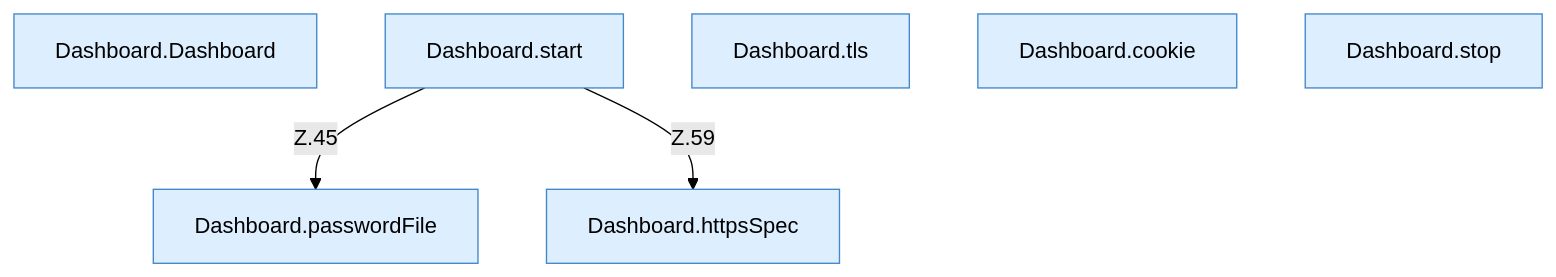
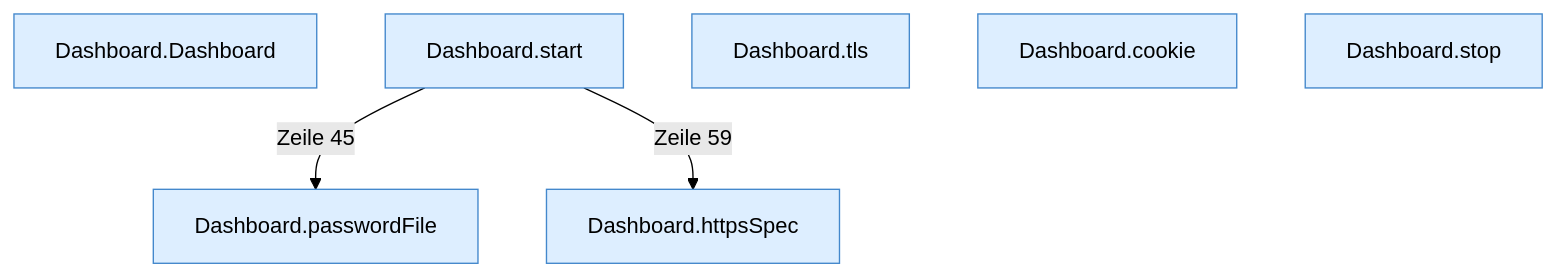
Before and after one commit to PrinceDiamant/minecraft-serverhoster-plugin: the diagram in HTTP-Start.md, drawn with Mermaid (forest theme). The commit also changed other lines of this file and 2005 other files, not shown here.

````diff
--- a/HTTP-Start.md
+++ b/HTTP-Start.md
@@ -5,14 +5,14 @@
 ```mermaid
 flowchart TD
   n1["Dashboard.Dashboard"]:::internal-link
   n2["Dashboard.start"]:::internal-link
   n3["Dashboard.tls"]:::internal-link
   n4["Dashboard.httpsSpec"]:::internal-link
   n5["Dashboard.cookie"]:::internal-link
   n6["Dashboard.stop"]:::internal-link
   n7["Dashboard.passwordFile"]:::internal-link
-  n2 -->|"Z.45"| n7
-  n2 -->|"Z.59"| n4
+  n2 -->|"Zeile 45"| n7
+  n2 -->|"Zeile 59"| n4
   classDef internal-link fill:#ddeeff,stroke:#4488cc
   classDef befund fill:#f88
 ```
````
